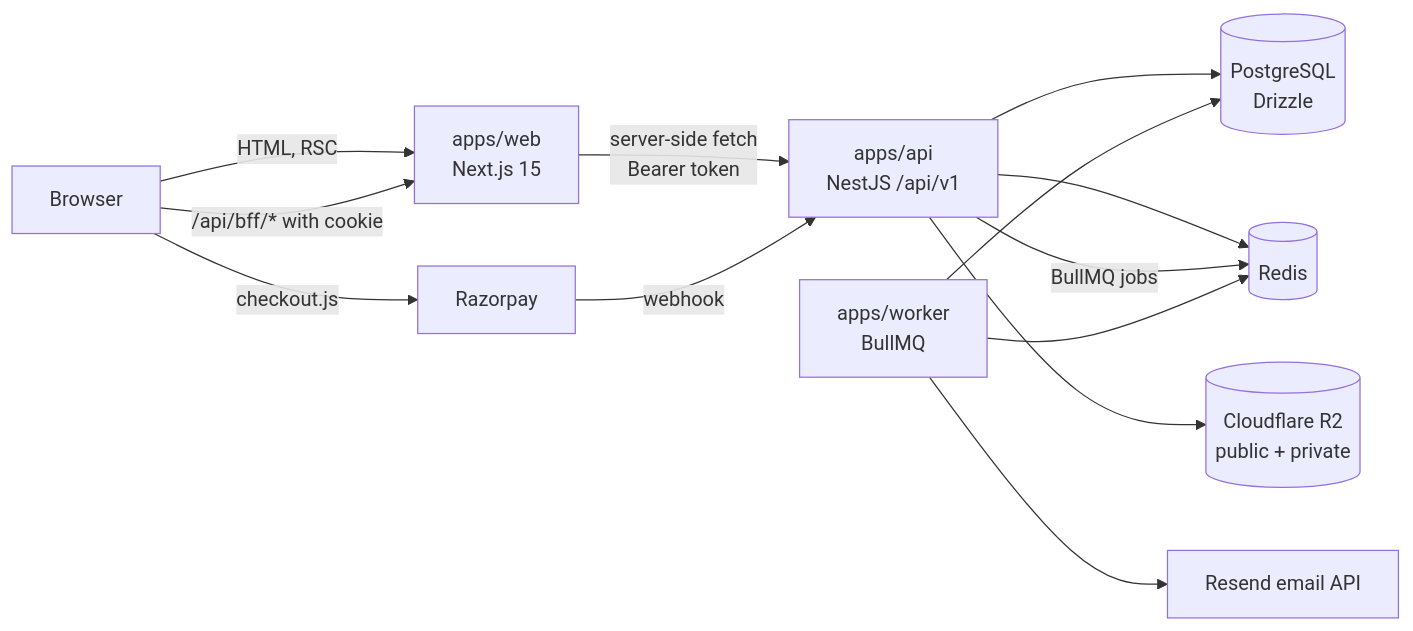
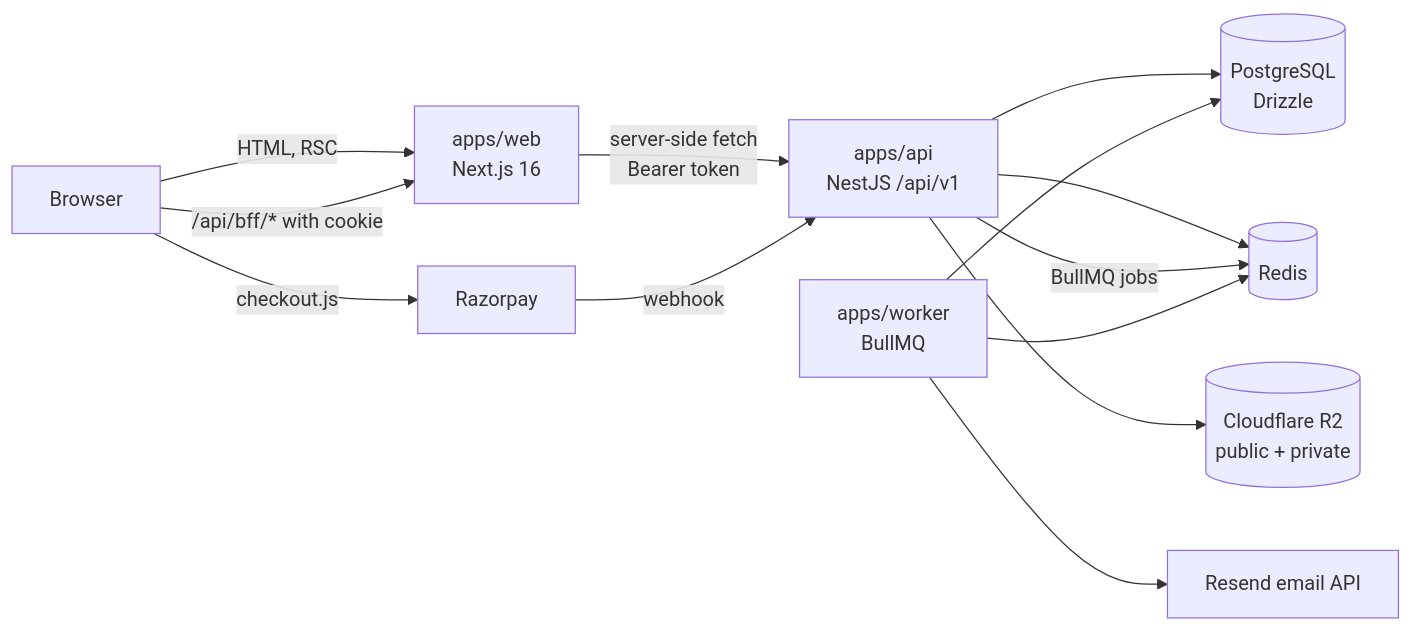
The first of 3 diagrams in ARCHITECTURE.md (shubhankar-haldar-01/sailent-foundation), drawn with Mermaid before and after one commit. The commit also changed other lines of this file and 25 other files, not shown here.

First line of the commit message:
feat(web): upgrade to Next.js 16 (fixes saves stuck on "Saving…" under load)

````diff
--- a/ARCHITECTURE.md
+++ b/ARCHITECTURE.md
@@ -9,15 +9,15 @@
 ```mermaid
 flowchart LR
-  B[Browser] -->|HTML, RSC| W[apps/web<br/>Next.js 15]
+  B[Browser] -->|HTML, RSC| W[apps/web<br/>Next.js 16]
   B -->|/api/bff/* with cookie| W
   W -->|server-side fetch<br/>Bearer token| A[apps/api<br/>NestJS /api/v1]
   RZ[Razorpay] -->|webhook| A
   B -->|checkout.js| RZ
   A --> PG[(PostgreSQL<br/>Drizzle)]
   A --> R[(Redis)]
   A --> R2[(Cloudflare R2<br/>public + private)]
   A -->|BullMQ jobs| R
   WK[apps/worker<br/>BullMQ] --> R
   WK --> PG
   WK --> BR[Resend email API]
 ```
````
